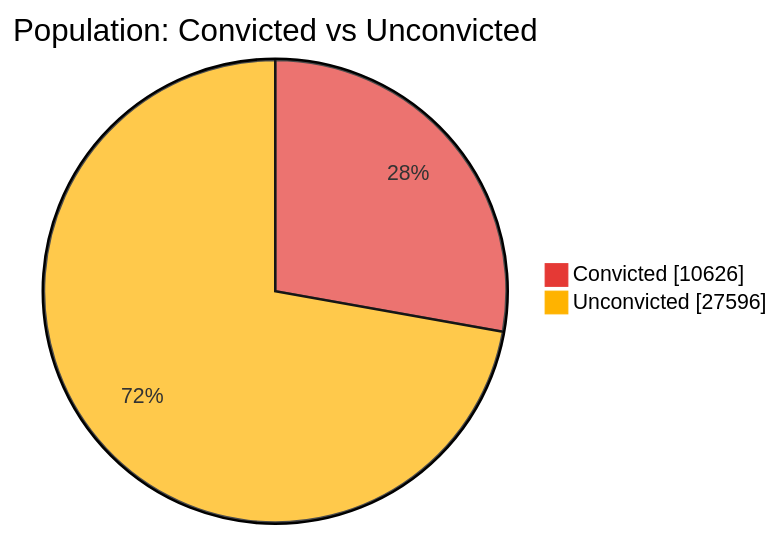
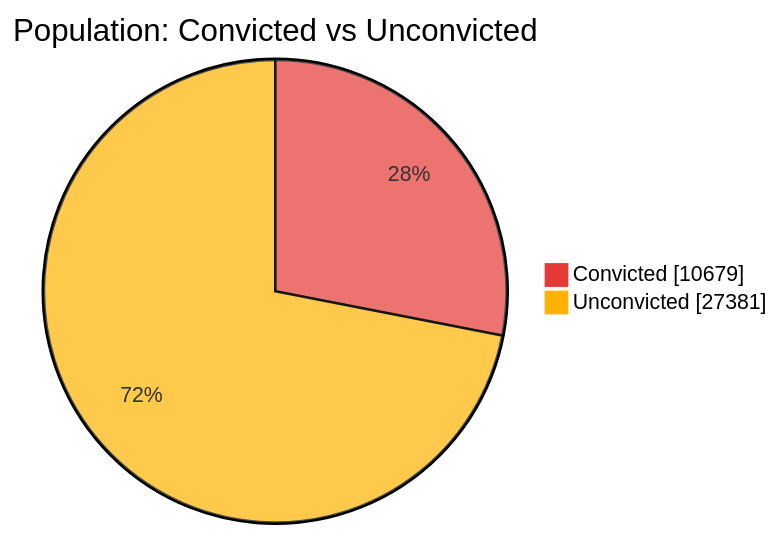
The first of 7 diagrams in README.md (nuuuwan/lk_prisons), drawn with Mermaid before and after one commit. The commit also changed other lines of this file and 1 other file, not shown here.

````diff
--- a/README.md
+++ b/README.md
@@ -43,6 +43,6 @@
 ```mermaid
 %%{init: {'themeVariables': {'pie1': '#E53935', 'pie2': '#FFB300'}}}%%
 pie showData title Population: Convicted vs Unconvicted
-    "Convicted" : 10626
-    "Unconvicted" : 27596
+    "Convicted" : 10679
+    "Unconvicted" : 27381
 ```
````
